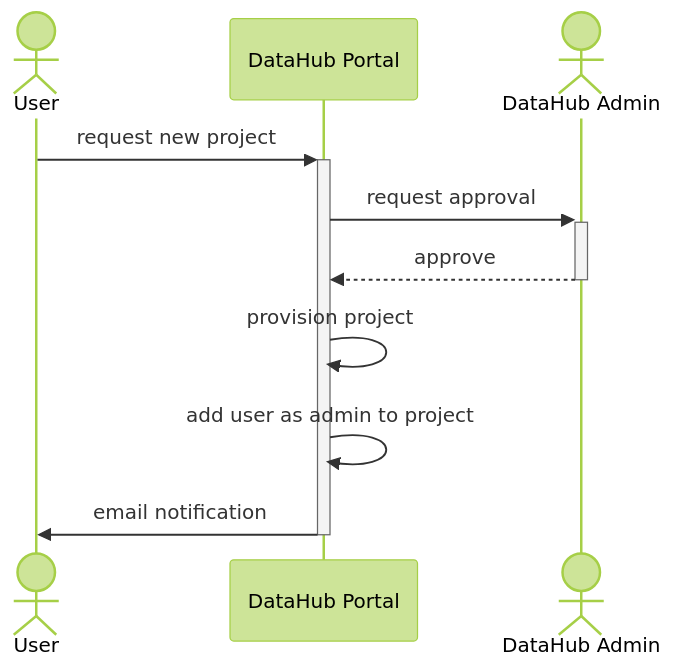
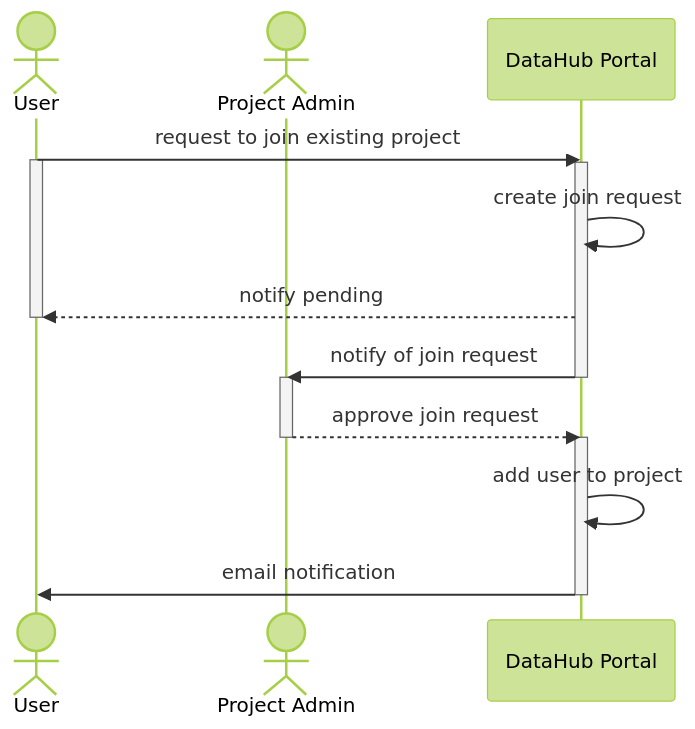
Before and after one commit to ssc-sp/datahub-portal: the fourth of 4 diagrams in docs/use-cases.md, drawn with Mermaid (forest theme). The commit also changed other lines of this file, not shown here.

````diff
--- a/docs/use-cases.md
+++ b/docs/use-cases.md
@@ -100,18 +95,24 @@
 ```mermaid
 sequenceDiagram
     actor U as User
+    actor A as Project Admin
     participant P as DataHub Portal
-    actor D as DataHub Admin
 
-    U->>+P: request new project
-    P->>+D: request approval
-    D-->>-P: approve
-    P->>P: provision project
-    P->>P: add user as admin to project
-    P->>-U: email notification
+    U->>P: request to join existing project
+    activate U
+    activate P
+    P->>P: create join request
+    P-->>U: notify pending
+    deactivate U
 
-    %% activate U
-    %% U->>-P: login to portal
-    %% activate P
-    %% P->>-P: update registration status (logged in)
+    P->>A: notify of join request
+    deactivate P
+    activate A
+    A-->>P: approve join request
+    deactivate A
+
+    activate P
+    P->>P: add user to project
+    P->>U: email notification
+    deactivate P
 ```
````
